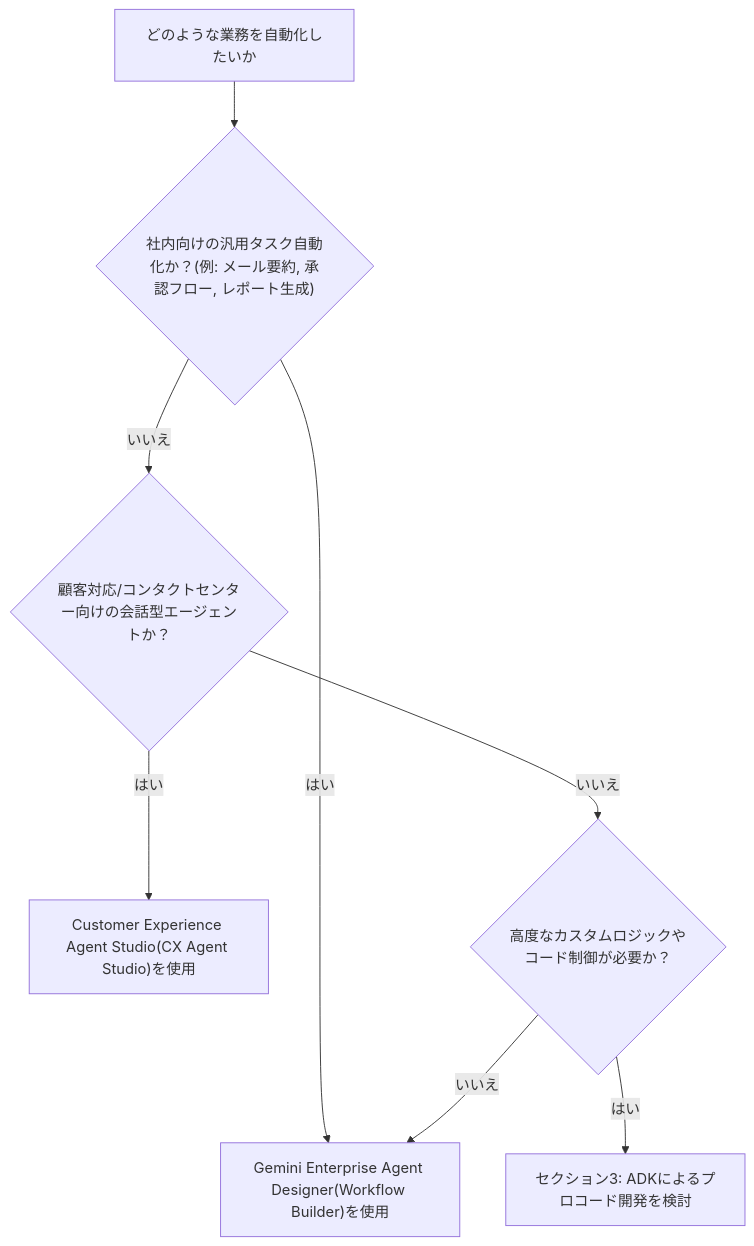
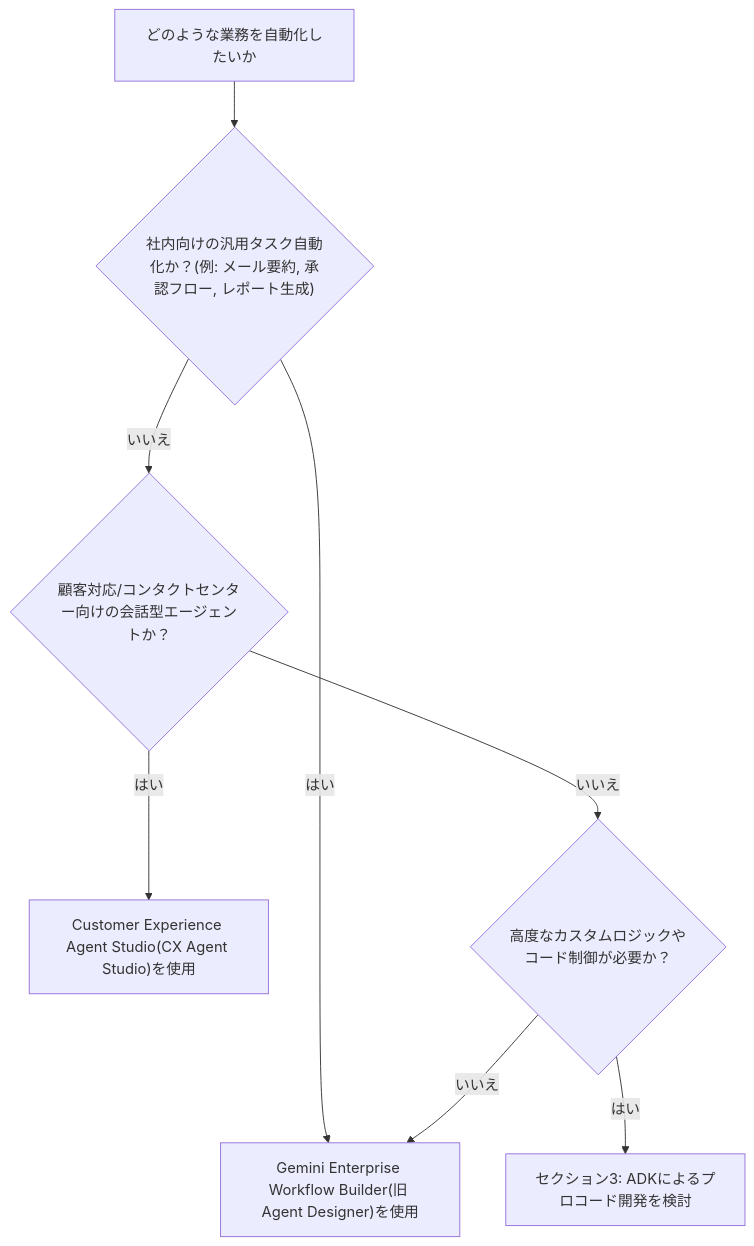
One commit to myoshi2891/Cloud-Infrastructure-Studies changed the second of 7 diagrams in Professional-agentic-architect-section1.md. Above: the diagram before and after it, drawn with Mermaid. The commit also changed other lines of this file and 2 other files, not shown here.

Commit message:
docs: update Computer Networks and Professional Agentic Architect study guides

````diff
--- a/Professional-agentic-architect-section1.md
+++ b/Professional-agentic-architect-section1.md
@@ -79,10 +79,10 @@
 ```mermaid
 flowchart TD
     Start["どのような業務を自動化したいか"] --> Q1{"社内向けの汎用タスク自動化か？(例: メール要約, 承認フロー, レポート生成)"}
-    Q1 -->|"はい"| AD["Gemini Enterprise Agent Designer(Workflow Builder)を使用"]
+    Q1 -->|"はい"| AD["Gemini Enterprise Workflow Builder(旧 Agent Designer)を使用"]
     Q1 -->|"いいえ"| Q2{"顧客対応/コンタクトセンター向けの会話型エージェントか？"}
     Q2 -->|"はい"| CXAS["Customer Experience Agent Studio(CX Agent Studio)を使用"]
     Q2 -->|"いいえ"| Q3{"高度なカスタムロジックやコード制御が必要か？"}
     Q3 -->|"はい"| ADK["セクション3: ADKによるプロコード開発を検討"]
     Q3 -->|"いいえ"| AD
 ```
````
